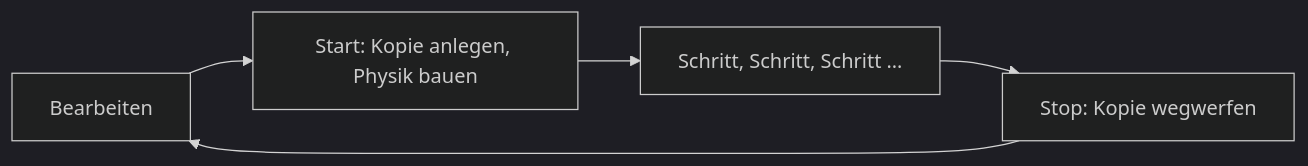
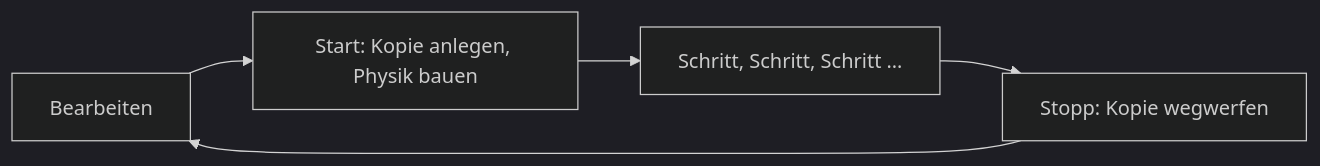
Before and after one commit to ChristianHohlfeld/kernengine.de: the first of 2 diagrams in kern/docs/buch-gruen/08-spiel-laufzeit.md, drawn with Mermaid (dark theme). The commit also changed other lines of this file and 18 other files, not shown here.

````diff
--- a/kern/docs/buch-gruen/08-spiel-laufzeit.md
+++ b/kern/docs/buch-gruen/08-spiel-laufzeit.md
@@ -35,7 +35,7 @@
 ```mermaid
 flowchart LR
   A[Bearbeiten] --> B[Start: Kopie anlegen, Physik bauen]
   B --> C[Schritt, Schritt, Schritt …]
-  C --> D[Stop: Kopie wegwerfen]
+  C --> D[Stopp: Kopie wegwerfen]
   D --> A
 ```
````
